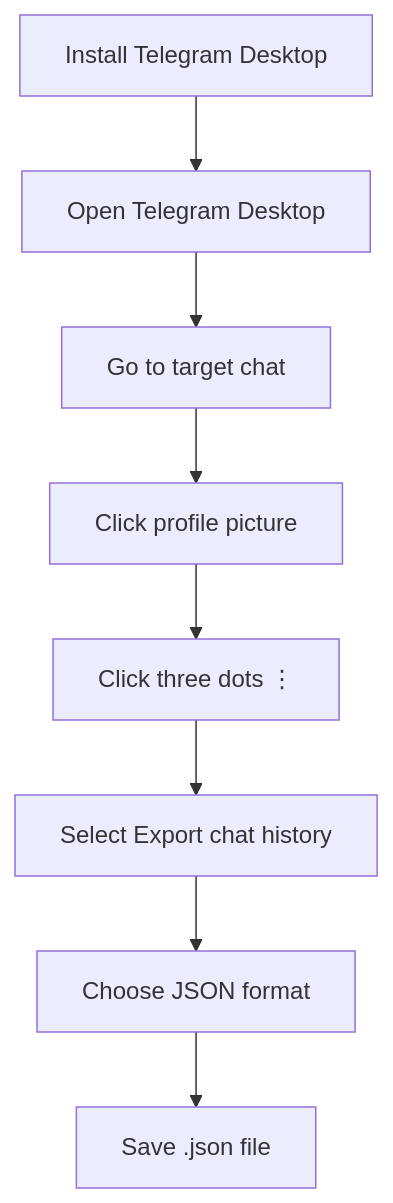
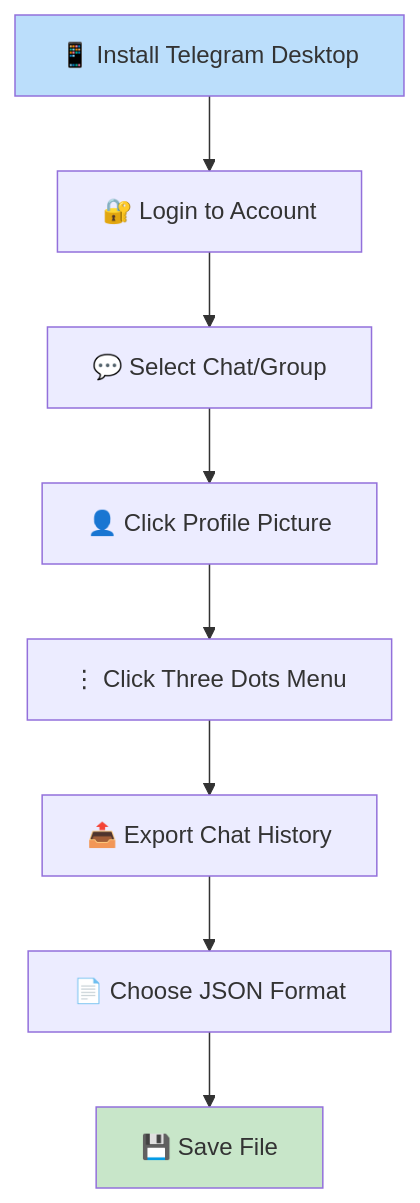
One commit to Yash-Kavaiya/telegram-url-scraper changed the third of 6 diagrams in README.md. Above: the diagram before and after it, drawn with Mermaid. The commit also changed other lines of this file, not shown here.

````diff
--- a/README.md
+++ b/README.md
@@ -45,10 +132,13 @@
 ```mermaid
 graph TD
-    A[Install Telegram Desktop] --> B[Open Telegram Desktop]
-    B --> C[Go to target chat]
-    C --> D[Click profile picture]
-    D --> E[Click three dots ⋮]
-    E --> F[Select Export chat history]
-    F --> G[Choose JSON format]
-    G --> H[Save .json file]
+    A[📱 Install Telegram Desktop] --> B[🔐 Login to Account]
+    B --> C[💬 Select Chat/Group]
+    C --> D[👤 Click Profile Picture]
+    D --> E[⋮ Click Three Dots Menu]
+    E --> F[📤 Export Chat History]
+    F --> G[📄 Choose JSON Format]
+    G --> H[💾 Save File]
+    
+    style A fill:#bbdefb
+    style H fill:#c8e6c9
 ```
````
